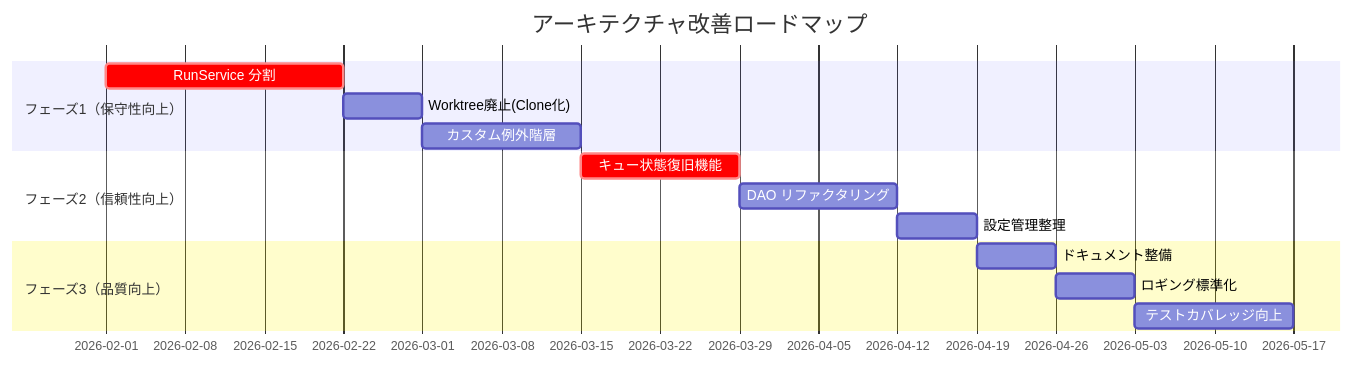
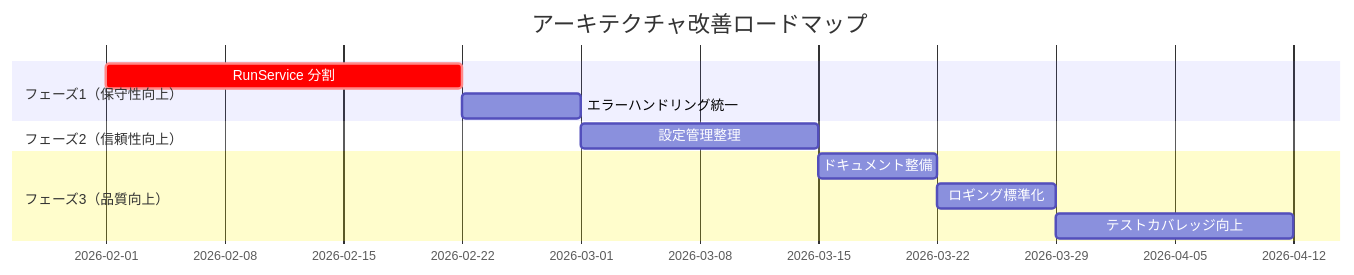
Before and after one commit to hampen2929/zloth: the diagram in docs/architecture-review.md, drawn with Mermaid. The commit also changed other lines of this file and 1 other file, not shown here.

Commit message:
Update architecture docs for SQLite job queue (#289)

````diff
--- a/docs/architecture-review.md
+++ b/docs/architecture-review.md
@@ -235,17 +181,14 @@
 ```mermaid
 gantt
     title アーキテクチャ改善ロードマップ
     dateFormat YYYY-MM
     section フェーズ1（保守性向上）
-    RunService 分割       :crit, p1-1, 2026-02, 3w
-    Worktree廃止(Clone化) :p1-2, after p1-1, 1w
-    カスタム例外階層      :p1-3, after p1-2, 2w
+    RunService 分割           :crit, p1-1, 2026-02, 3w
+    エラーハンドリング統一    :p1-2, after p1-1, 1w
     section フェーズ2（信頼性向上）
-    キュー状態復旧機能    :crit, p2-1, after p1-3, 2w
-    DAO リファクタリング  :p2-2, after p2-1, 2w
-    設定管理整理          :p2-3, after p2-2, 1w
+    設定管理整理              :p2-1, after p1-2, 2w
     section フェーズ3（品質向上）
-    ドキュメント整備      :p3-1, after p2-3, 1w
-    ロギング標準化        :p3-2, after p3-1, 1w
-    テストカバレッジ向上  :p3-3, after p3-2, 2w
+    ドキュメント整備          :p3-1, after p2-1, 1w
+    ロギング標準化            :p3-2, after p3-1, 1w
+    テストカバレッジ向上      :p3-3, after p3-2, 2w
 ```
````
